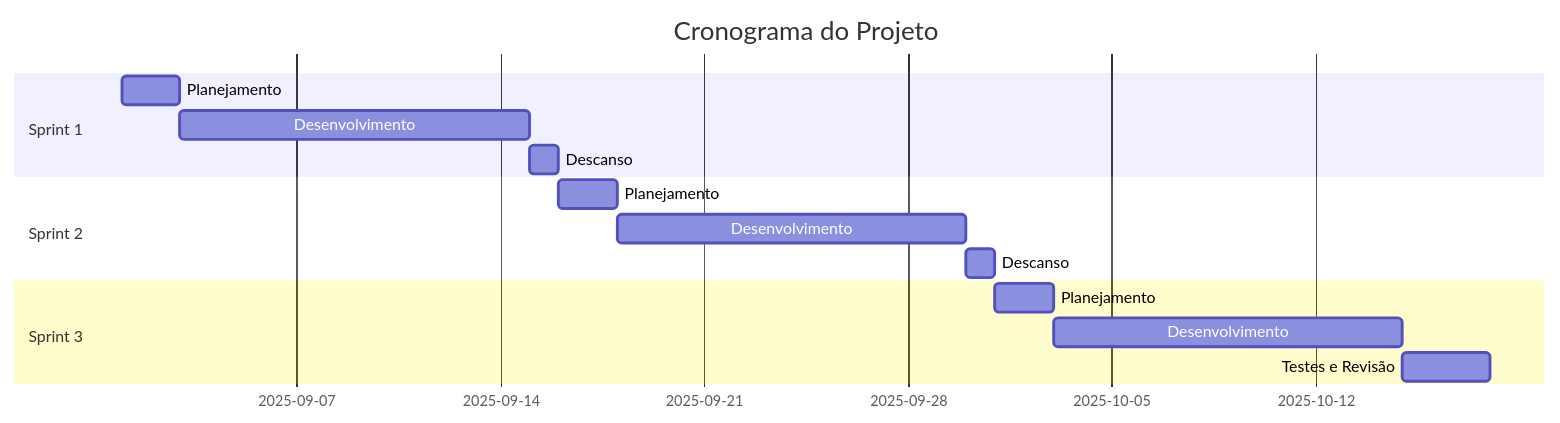
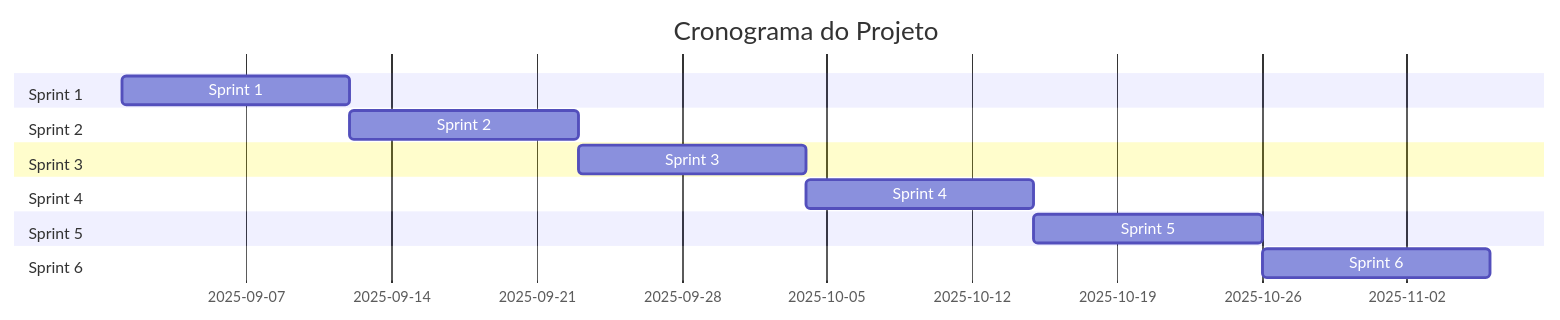
Before and after one commit to CordeiroGente/Backroom: the diagram in README.md, drawn with Mermaid. The commit also changed other lines of this file, not shown here.

````diff
--- a/README.md
+++ b/README.md
@@ -74,17 +74,23 @@
 ```mermaid
 gantt
     title Cronograma do Projeto
     dateFormat  YYYY-MM-DD
+    
     section Sprint 1
-    Planejamento           :sprint1-plan, 2025-09-01, 2d
-    Desenvolvimento        :sprint1-dev, after sprint1-plan, 12d
-    Descanso               :descanso1, after sprint1-dev, 1d
+    Sprint 1 :s1, 2025-09-01, 11d
+    
     section Sprint 2
-    Planejamento           :sprint2-plan, 2025-09-16, 2d
-    Desenvolvimento        :sprint2-dev, after sprint2-plan, 12d
-    Descanso               :descanso2, after sprint2-dev, 1d
+    Sprint 2 :s2, 2025-09-12, 11d
+    
     section Sprint 3
-    Planejamento           :sprint3-plan, 2025-10-01, 2d
-    Desenvolvimento        :sprint3-dev, after sprint3-plan, 12d
-    Testes e Revisão       :sprint3-test, after sprint3-dev, 3d
+    Sprint 3 :s3, 2025-09-23, 11d
+    
+    section Sprint 4
+    Sprint 4 :s4, 2025-10-04, 11d
+    
+    section Sprint 5
+    Sprint 5 :s5, 2025-10-15, 11d
+    
+    section Sprint 6
+    Sprint 6 :s6, 2025-10-26, 11d
 ```
````
